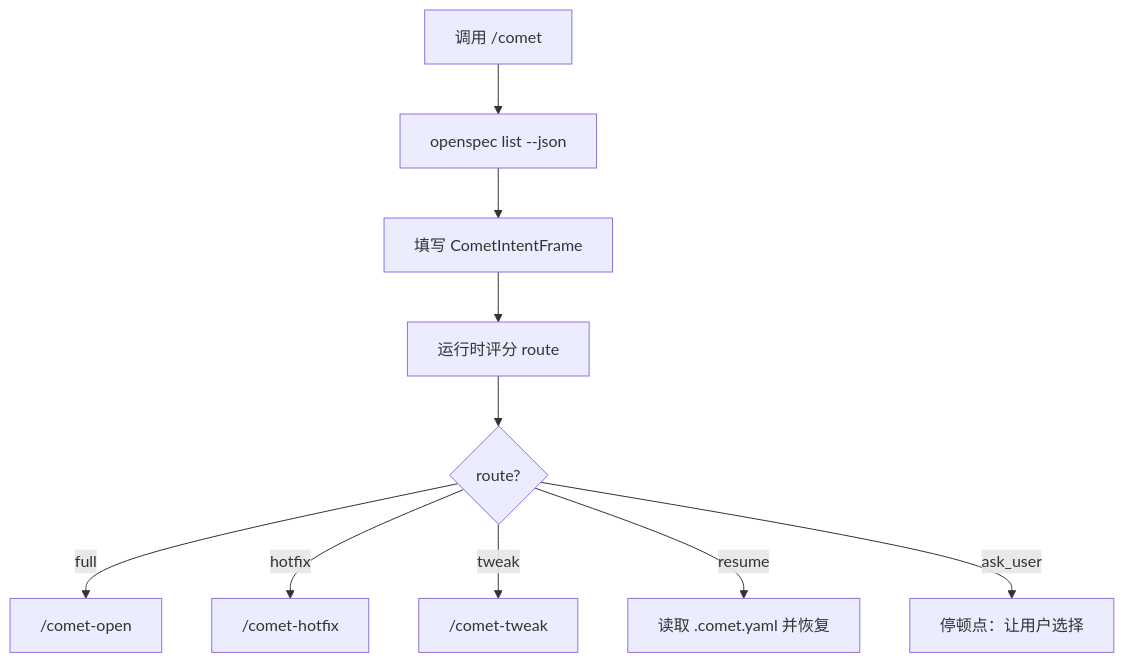
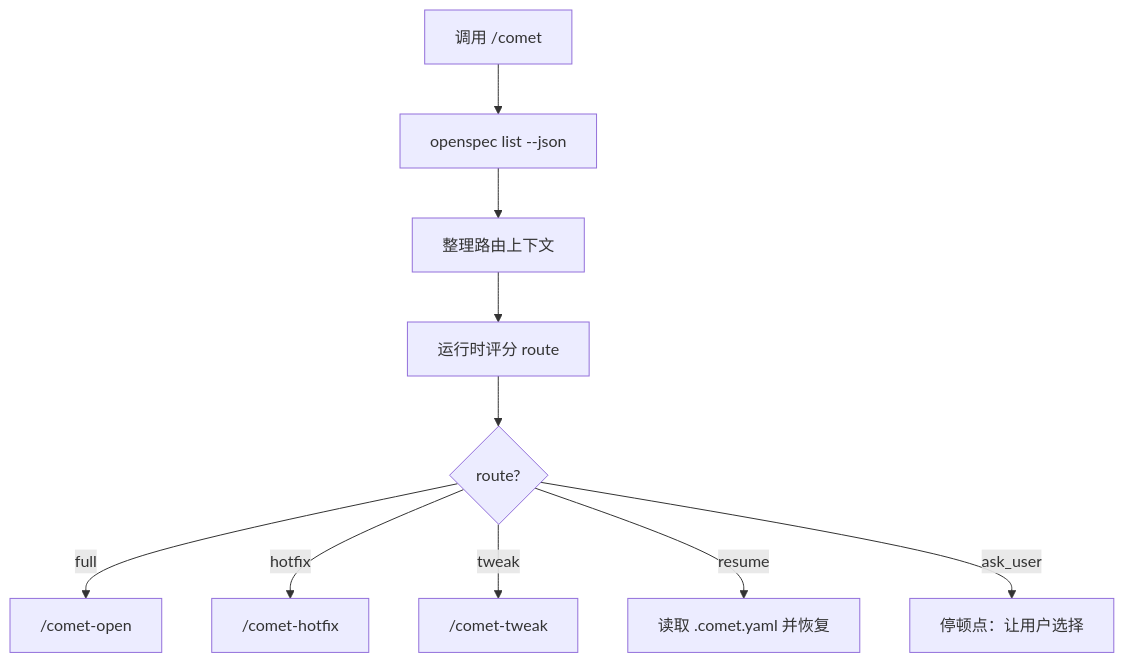
The fifth of 5 diagrams in zh/concepts/workflow.mdx (rpamis/comet-website-docs), drawn with Mermaid before and after one commit. The commit also changed other lines of this file and 7 other files, not shown here.

Commit message:
docs: rename intent frame terminology

````diff
--- a/zh/concepts/workflow.mdx
+++ b/zh/concepts/workflow.mdx
@@ -276,12 +276,12 @@
 ```mermaid
 flowchart TD
   A["调用 /comet"] --> B["openspec list --json"]
-  B --> C["填写 CometIntentFrame"]
+  B --> C["整理路由上下文"]
   C --> D["运行时评分 route"]
   D --> E{"route?"}
   E -->|full| F["/comet-open"]
   E -->|hotfix| G["/comet-hotfix"]
   E -->|tweak| H["/comet-tweak"]
   E -->|resume| I["读取 .comet.yaml 并恢复"]
   E -->|ask_user| J["停顿点：让用户选择"]
 ```
````
